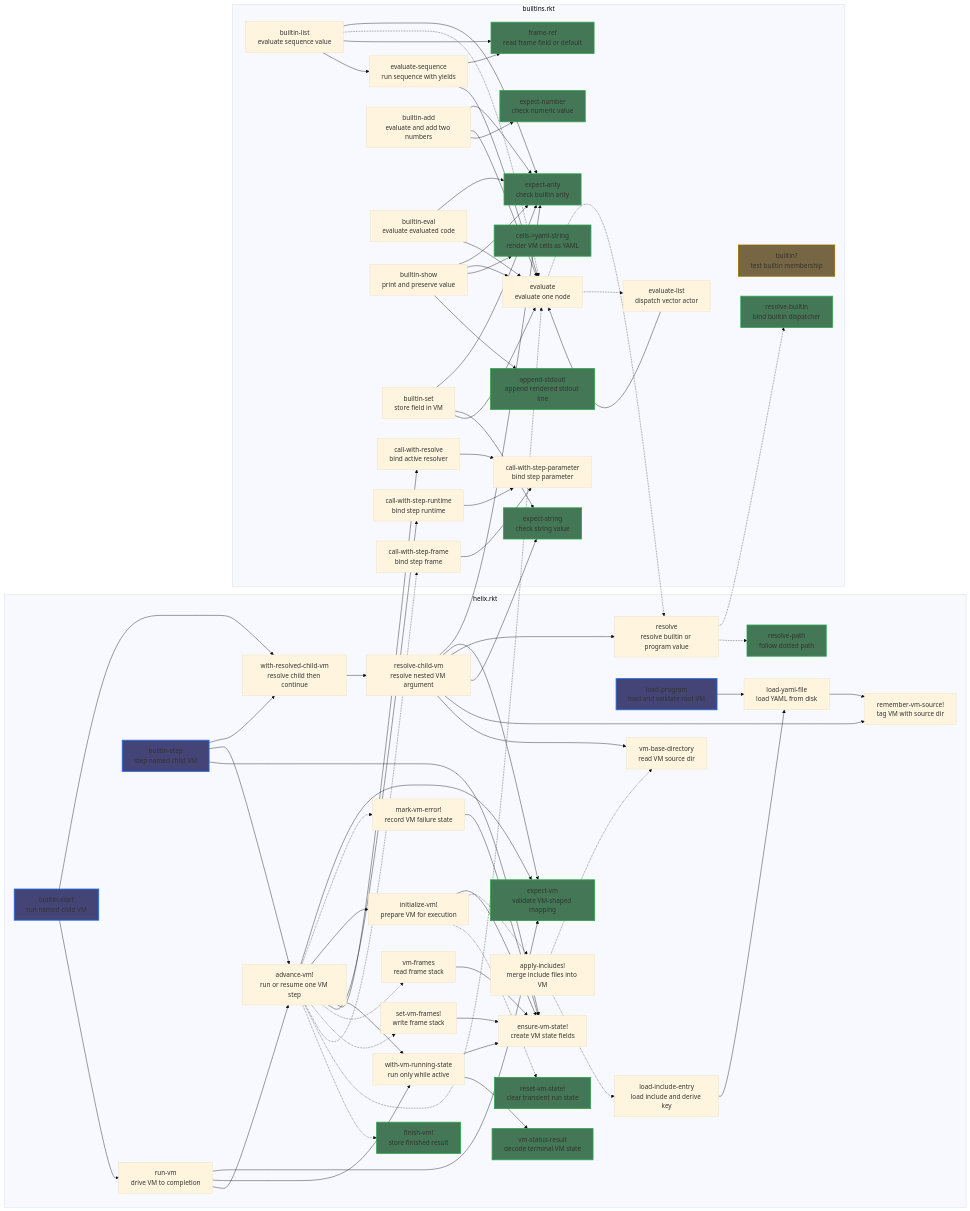
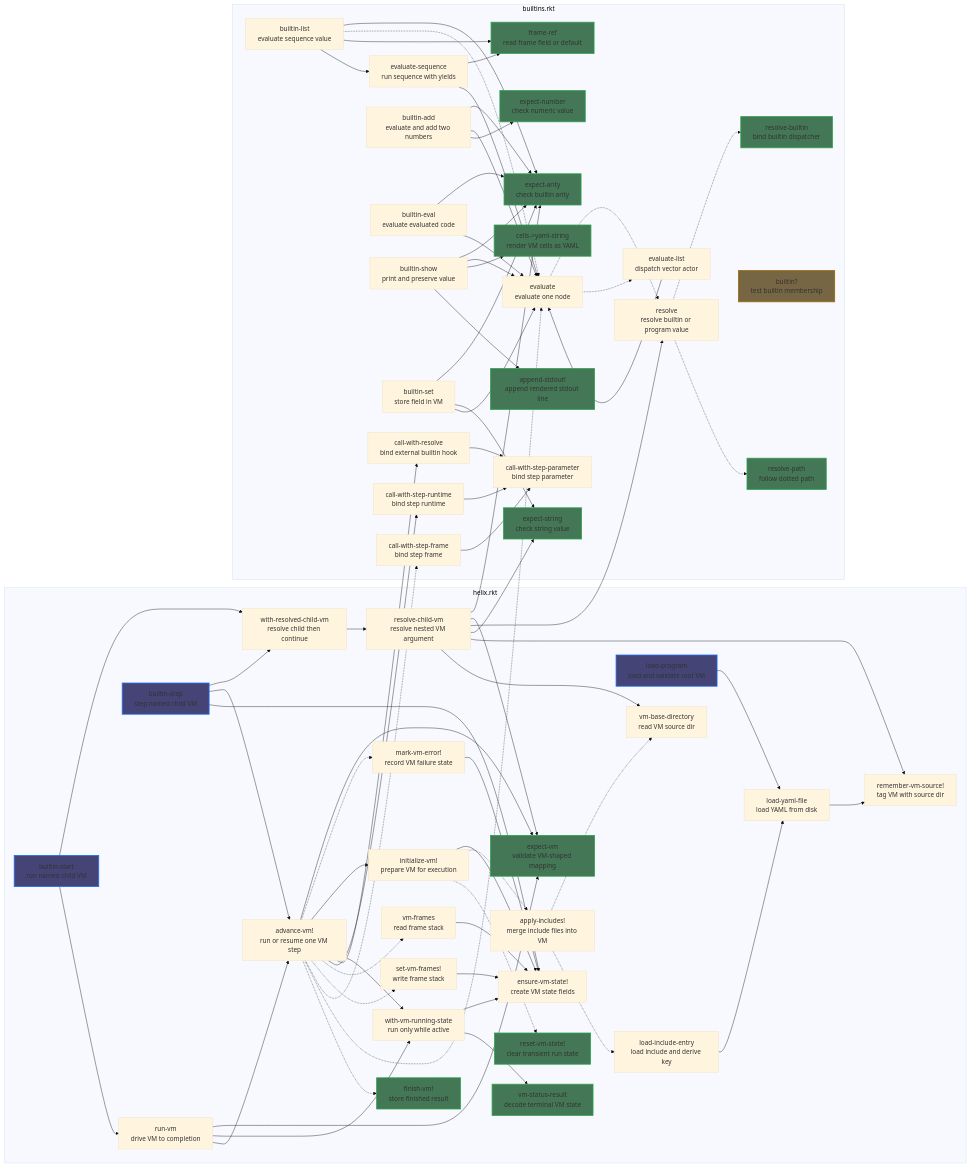
Before and after one commit to flintwinters/helix: the diagram in README.md, drawn with Mermaid (base theme). The commit also changed other lines of this file, not shown here.

Commit message:
Align README diagram with resolver move
Update the Mermaid codebase overview so resolve and resolve-path now appear under builtins.rkt rather than helix.rkt.

Redirect the affected call edges, keep the external builtin hook represented through call-with-resolve, and adjust the selective responsibility matrix so the documented ownership matches the current interpreter structure.

````diff
--- a/README.md
+++ b/README.md
@@ -34,7 +34,6 @@
     h_load_include["load-include-entry<br/>load include and derive key"]
     h_apply_includes["apply-includes!<br/>merge include files into VM"]
     h_expect_vm["expect-vm<br/>validate VM-shaped mapping"]
-    h_resolve_path["resolve-path<br/>follow dotted path"]
     h_ensure_state["ensure-vm-state!<br/>create VM state fields"]
     h_reset_state["reset-vm-state!<br/>clear transient run state"]
     h_initialize["initialize-vm!<br/>prepare VM for execution"]
@@ -50,7 +49,6 @@
     h_run["run-vm<br/>drive VM to completion"]
     h_builtin_start["builtin-start<br/>run named child VM"]
     h_builtin_step["builtin-step<br/>step named child VM"]
-    h_resolve["resolve<br/>resolve builtin or program value"]
   end
 
   subgraph B["builtins.rkt"]
@@ -58,13 +56,15 @@
     b_expect_number["expect-number<br/>check numeric value"]
     b_expect_string["expect-string<br/>check string value"]
     b_call_param["call-with-step-parameter<br/>bind step parameter"]
-    b_call_resolve["call-with-resolve<br/>bind active resolver"]
+    b_call_resolve["call-with-resolve<br/>bind external builtin hook"]
     b_call_runtime["call-with-step-runtime<br/>bind step runtime"]
     b_call_frame["call-with-step-frame<br/>bind step frame"]
     b_frame_ref["frame-ref<br/>read frame field or default"]
     b_cells_yaml["cells->yaml-string<br/>render VM cells as YAML"]
     b_append_stdout["append-stdout!<br/>append rendered stdout line"]
     b_eval_sequence["evaluate-sequence<br/>run sequence with yields"]
+    b_resolve_path["resolve-path<br/>follow dotted path"]
+    b_resolve["resolve<br/>resolve builtin or program value"]
     b_evaluate["evaluate<br/>evaluate one node"]
     b_evaluate_list["evaluate-list<br/>dispatch vector actor"]
     b_builtin_add["builtin-add<br/>evaluate and add two numbers"]
@@ -91,7 +91,7 @@
   h_with_running --> h_vm_status
   h_resolve_child --> b_expect_arity
   h_resolve_child --> h_expect_vm
-  h_resolve_child --> h_resolve
+  h_resolve_child --> b_resolve
   h_resolve_child --> b_expect_string
   h_resolve_child --> h_remember
   h_resolve_child --> h_vm_base
@@ -115,15 +115,15 @@
   h_builtin_step --> h_with_child
   h_builtin_step --> h_advance
   h_builtin_step --> h_ensure_state
-  h_resolve -.-> b_resolve_builtin
-  h_resolve -.-> h_resolve_path
 
   b_call_resolve --> b_call_param
   b_call_runtime --> b_call_param
   b_call_frame --> b_call_param
   b_eval_sequence --> b_frame_ref
   b_eval_sequence --> b_evaluate
-  b_evaluate -.-> h_resolve
+  b_resolve -.-> b_resolve_builtin
+  b_resolve -.-> b_resolve_path
+  b_evaluate -.-> b_resolve
   b_evaluate -.-> b_evaluate_list
   b_evaluate_list --> b_evaluate
   b_builtin_add --> b_expect_arity
@@ -144,6 +144,6 @@
   b_builtin_set --> b_evaluate
 
   class h_load_program,h_builtin_start,h_builtin_step root;
-  class h_expect_vm,h_resolve_path,h_reset_state,h_vm_status,h_finish,b_expect_arity,b_expect_number,b_expect_string,b_frame_ref,b_cells_yaml,b_append_stdout,b_resolve_builtin leaf;
+  class h_expect_vm,h_reset_state,h_vm_status,h_finish,b_expect_arity,b_expect_number,b_expect_string,b_frame_ref,b_cells_yaml,b_append_stdout,b_resolve_path,b_resolve_builtin leaf;
   class b_builtin_q rootleaf;
 ```
````
